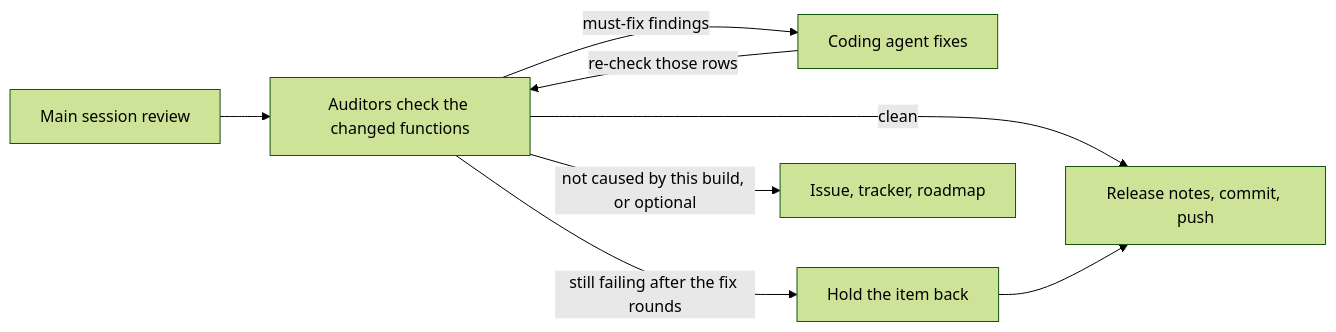
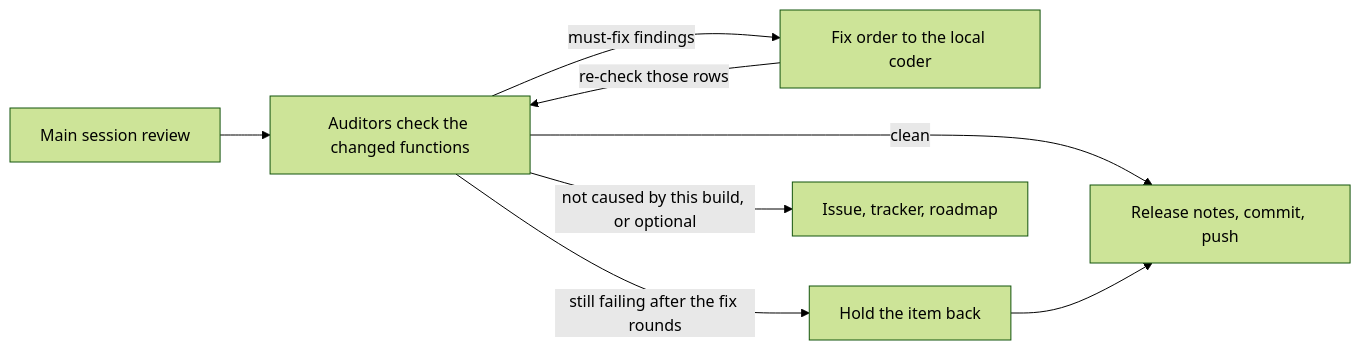
The diagram in .claude/skills/build-audit/SKILL.md (Flameingskull/FlexNotes), drawn with Mermaid (forest theme) before and after one commit. The commit also changed other lines of this file and 10 other files, not shown here.

````diff
--- a/.claude/skills/build-audit/SKILL.md
+++ b/.claude/skills/build-audit/SKILL.md
@@ -20,10 +21,10 @@
 ```mermaid
 flowchart LR
   A[Main session review] --> B[Auditors check the changed functions]
-  B -->|must-fix findings| C[Coding agent fixes]
+  B -->|must-fix findings| C[Fix order to the local coder]
   C -->|re-check those rows| B
   B -->|clean| D[Release notes, commit, push]
   B -->|still failing after the fix rounds| E[Hold the item back]
   E --> D
   B -->|not caused by this build, or optional| F[Issue, tracker, roadmap]
 ```
````
